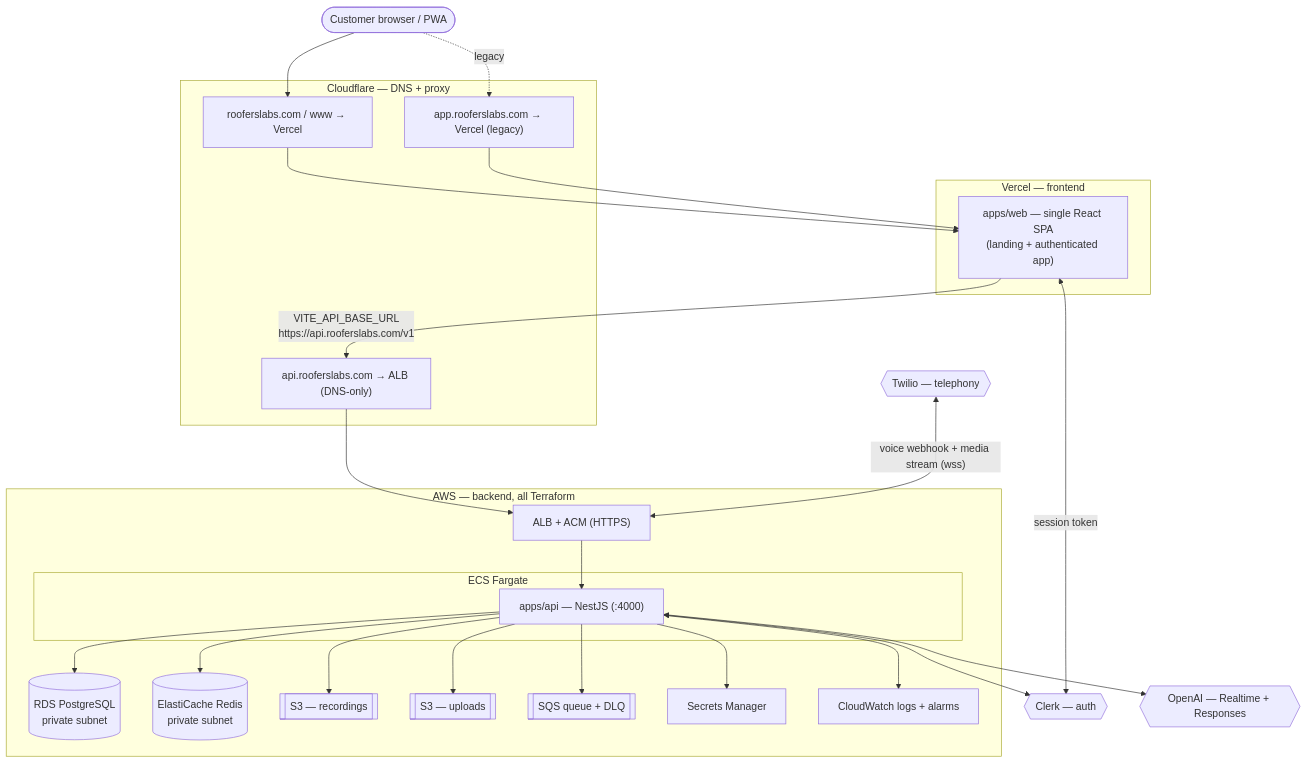
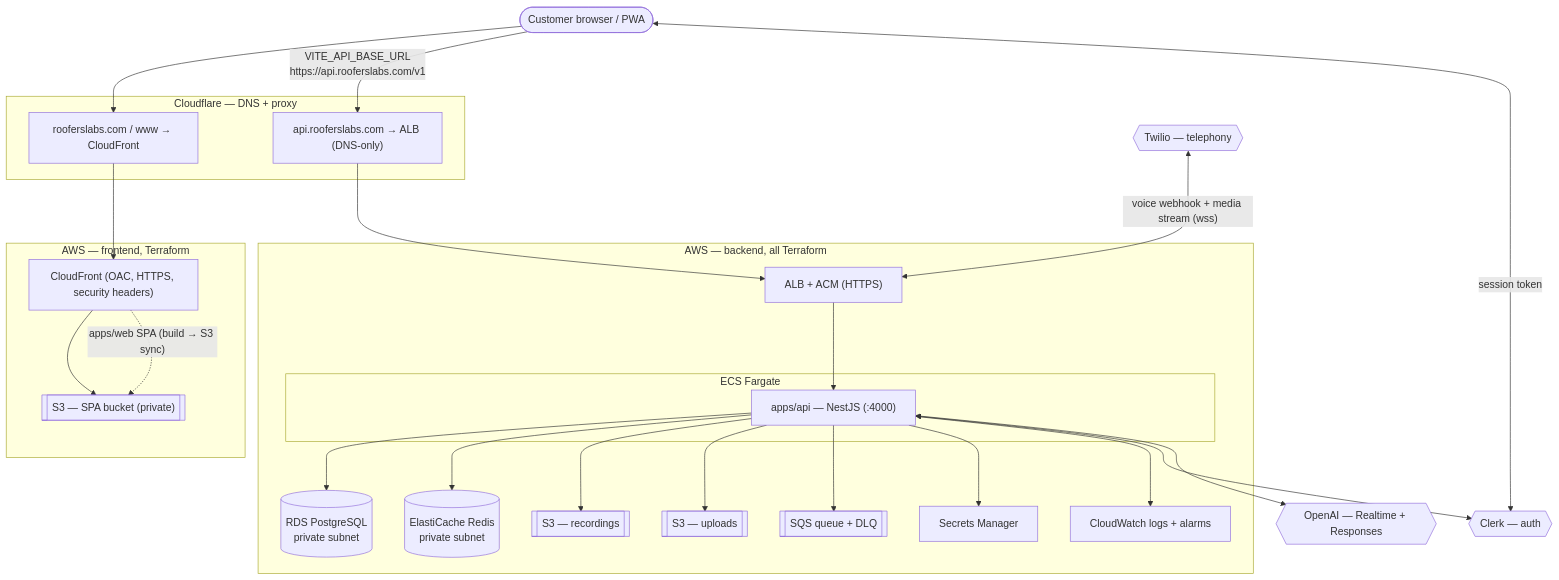
One commit to RoofersLabs/rooferslabs changed the diagram in docs/PRODUCTION_READINESS.md. Above: the diagram before and after it, drawn with Mermaid. The commit also changed other lines of this file and 10 other files, not shown here.

First line of the commit message:
refactor: remove Vercel from the frontend architecture

````diff
--- a/docs/PRODUCTION_READINESS.md
+++ b/docs/PRODUCTION_READINESS.md
@@ -13,47 +13,48 @@
 ```mermaid
 flowchart TB
   user([Customer browser / PWA])
 
   subgraph CF[Cloudflare — DNS + proxy]
-    dnsRoot["rooferslabs.com / www → Vercel"]
-    dnsApp["app.rooferslabs.com → Vercel (legacy)"]
+    dnsRoot["rooferslabs.com / www → CloudFront"]
     dnsApi["api.rooferslabs.com → ALB (DNS-only)"]
   end
 
-  subgraph Vercel[Vercel — frontend]
-    spa["apps/web — single React SPA\n(landing + authenticated app)"]
+  subgraph AWSF[AWS — frontend, Terraform]
+    cf["CloudFront (OAC, HTTPS, security headers)"]
+    s3web[["S3 — SPA bucket (private)"]]
+    cf --> s3web
   end
 
   subgraph AWS[AWS — backend, all Terraform]
     alb["ALB + ACM (HTTPS)"]
     subgraph ECS[ECS Fargate]
       api["apps/api — NestJS (:4000)"]
     end
     rds[("RDS PostgreSQL\nprivate subnet")]
     redis[("ElastiCache Redis\nprivate subnet")]
     s3rec[["S3 — recordings"]]
     s3upl[["S3 — uploads"]]
     sqs[["SQS queue + DLQ"]]
     secrets["Secrets Manager"]
     cw["CloudWatch logs + alarms"]
   end
 
   clerk{{Clerk — auth}}
   openai{{OpenAI — Realtime + Responses}}
   twilio{{Twilio — telephony}}
 
-  user --> dnsRoot --> spa
-  user -. legacy .-> dnsApp --> spa
-  spa -->|"VITE_API_BASE_URL\nhttps://api.rooferslabs.com/v1"| dnsApi --> alb --> api
-  spa <-->|session token| clerk
+  user --> dnsRoot --> cf
+  cf -.->|"apps/web SPA (build → S3 sync)"| s3web
+  user -->|"VITE_API_BASE_URL\nhttps://api.rooferslabs.com/v1"| dnsApi --> alb --> api
+  user <-->|session token| clerk
   api --> rds
   api --> redis
   api --> s3rec
   api --> s3upl
   api --> sqs
   api --> secrets
   api --> cw
   api <--> clerk
   api <--> openai
   twilio <-->|"voice webhook + media stream (wss)"| alb
 ```
````
